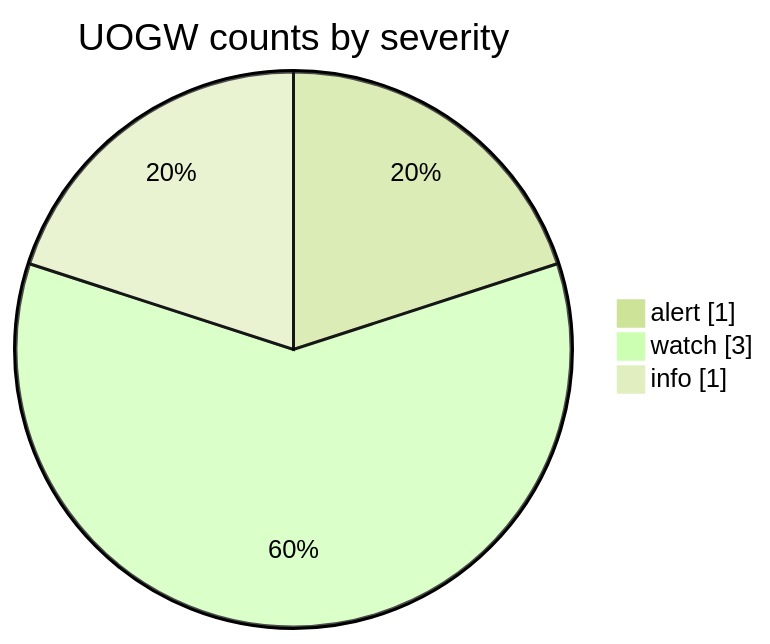
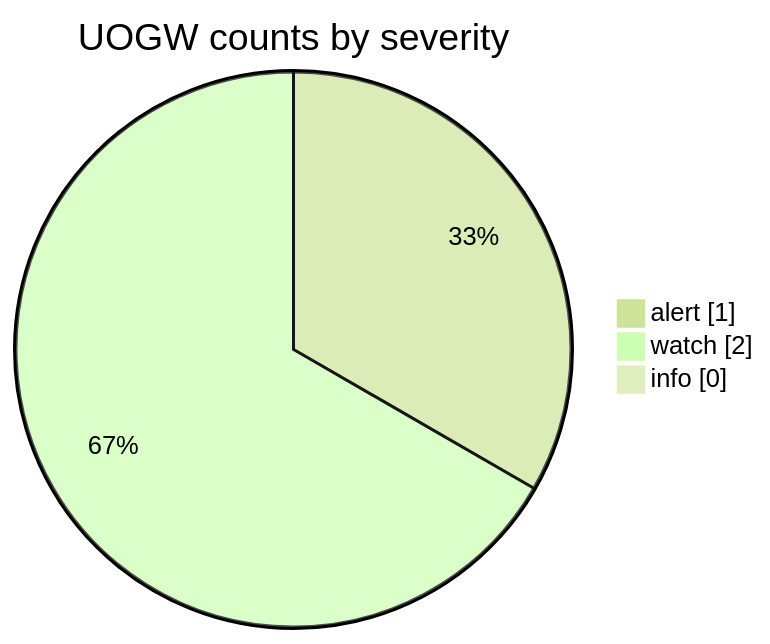
One commit to Midwest-Stratospheric/aerostratospheric-defense-gir changed the fourth of 6 diagrams in docs/GRAPHS.md. Above: the diagram before and after it, drawn with Mermaid (forest theme). The commit also changed other lines of this file and 26 other files, not shown here.

````diff
--- a/docs/GRAPHS.md
+++ b/docs/GRAPHS.md
@@ -66,7 +66,7 @@
 ```mermaid
 pie showData
   title UOGW counts by severity
   "alert" : 1
-  "watch" : 3
-  "info" : 1
+  "watch" : 2
+  "info" : 0
 ```
````
